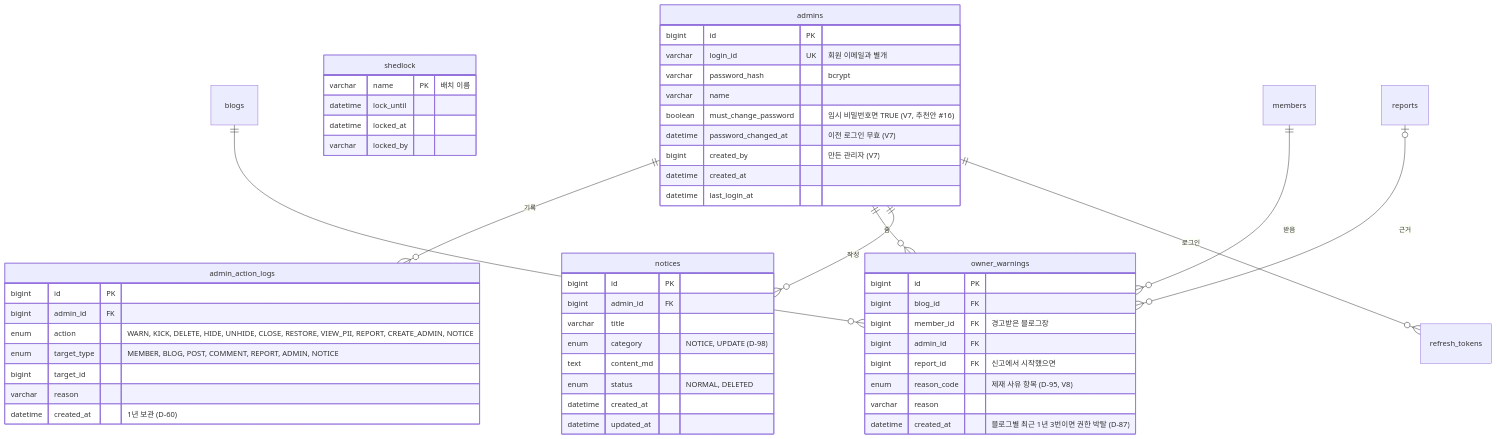
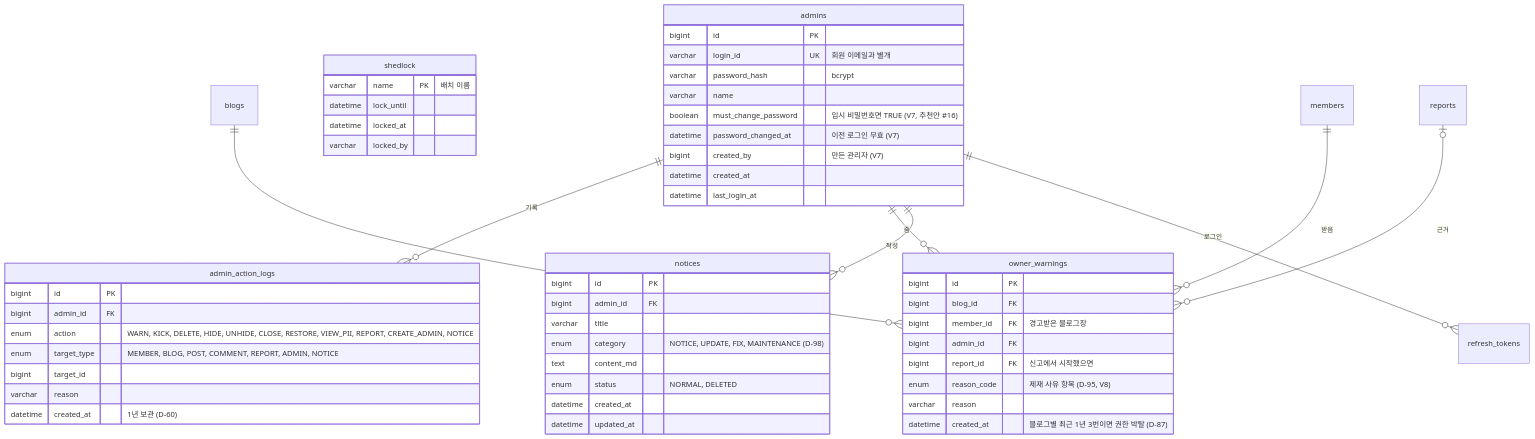
The sixth of 6 diagrams in docs/04-design/ERD.md (blogNM/blogproject), drawn with Mermaid before and after one commit. The commit also changed other lines of this file and 31 other files, not shown here.

````diff
--- a/docs/04-design/ERD.md
+++ b/docs/04-design/ERD.md
@@ -452,57 +452,57 @@
 ```mermaid
 erDiagram
     admins {
         bigint id PK
         varchar login_id UK "회원 이메일과 별개"
         varchar password_hash "bcrypt"
         varchar name
         boolean must_change_password "임시 비밀번호면 TRUE (V7, 추천안 #16)"
         datetime password_changed_at "이전 로그인 무효 (V7)"
         bigint created_by "만든 관리자 (V7)"
         datetime created_at
         datetime last_login_at
     }
     admin_action_logs {
         bigint id PK
         bigint admin_id FK
         enum action "WARN, KICK, DELETE, HIDE, UNHIDE, CLOSE, RESTORE, VIEW_PII, REPORT, CREATE_ADMIN, NOTICE"
         enum target_type "MEMBER, BLOG, POST, COMMENT, REPORT, ADMIN, NOTICE"
         bigint target_id
         varchar reason
         datetime created_at "1년 보관 (D-60)"
     }
     owner_warnings {
         bigint id PK
         bigint blog_id FK
         bigint member_id FK "경고받은 블로그장"
         bigint admin_id FK
         bigint report_id FK "신고에서 시작했으면"
         enum reason_code "제재 사유 항목 (D-95, V8)"
         varchar reason
         datetime created_at "블로그별 최근 1년 3번이면 권한 박탈 (D-87)"
     }
     notices {
         bigint id PK
         bigint admin_id FK
         varchar title
-        enum category "NOTICE, UPDATE (D-98)"
+        enum category "NOTICE, UPDATE, FIX, MAINTENANCE (D-98)"
         text content_md
         enum status "NORMAL, DELETED"
         datetime created_at
         datetime updated_at
     }
     shedlock {
         varchar name PK "배치 이름"
         datetime lock_until
         datetime locked_at
         varchar locked_by
     }
 
     admins ||--o{ admin_action_logs : "기록"
     admins ||--o{ owner_warnings : "줌"
     blogs ||--o{ owner_warnings : ""
     members ||--o{ owner_warnings : "받음"
     reports |o--o{ owner_warnings : "근거"
     admins ||--o{ notices : "작성"
     admins ||--o{ refresh_tokens : "로그인"
 ```
````
